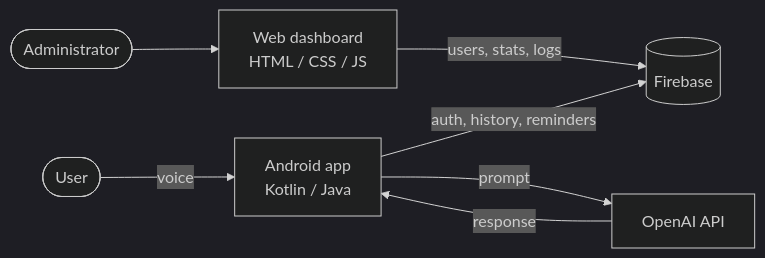
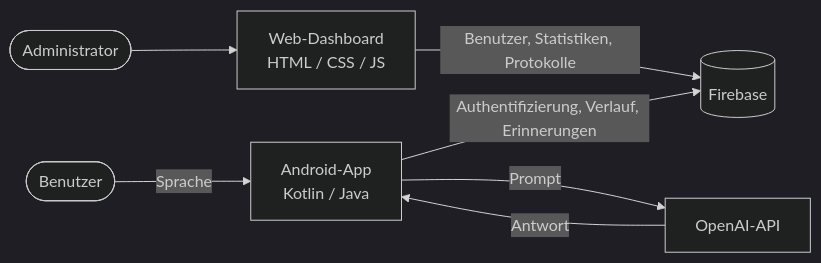
The first of 3 diagrams in README.md (El-Tousy/alexandra-voice-assistant), drawn with Mermaid (dark theme) before and after one commit. The commit also changed other lines of this file, not shown here.

````diff
--- a/README.md
+++ b/README.md
@@ -128,9 +128,9 @@
 ```mermaid
 flowchart LR
-    U([User]) -->|voice| A[Android app<br/>Kotlin / Java]
-    A -->|auth, history, reminders| F[(Firebase)]
-    A -->|prompt| O[OpenAI API]
-    O -->|response| A
-    ADM([Administrator]) --> D[Web dashboard<br/>HTML / CSS / JS]
-    D -->|users, stats, logs| F
+    U([Benutzer]) -->|Sprache| A[Android-App<br/>Kotlin / Java]
+    A -->|Authentifizierung, Verlauf, Erinnerungen| F[(Firebase)]
+    A -->|Prompt| O[OpenAI-API]
+    O -->|Antwort| A
+    ADM([Administrator]) --> D[Web-Dashboard<br/>HTML / CSS / JS]
+    D -->|Benutzer, Statistiken, Protokolle| F
 ```
````
